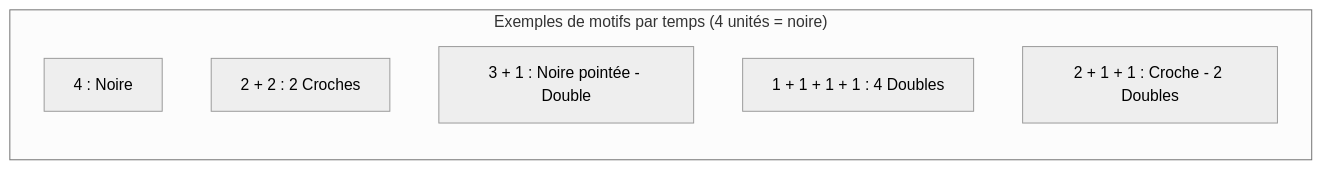
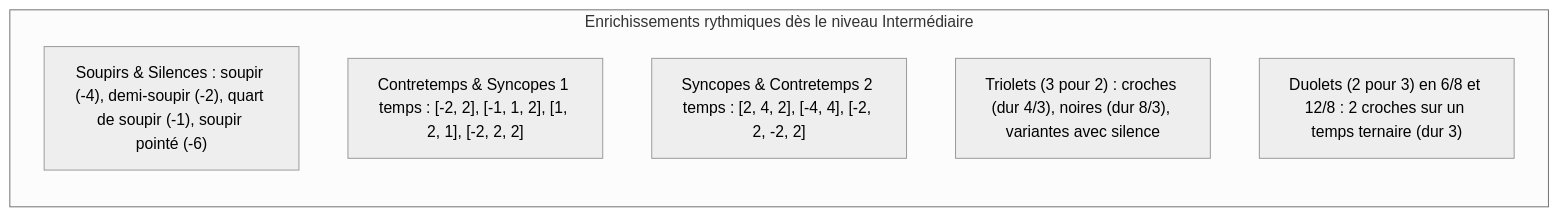
Before and after one commit to antoineb75/music-generator-sightreading: the second of 4 diagrams in ALGORITHME.md, drawn with Mermaid (neutral theme). The commit also changed other lines of this file, not shown here.

Commit message:
docs: update ALGORITHME.md to document Python API and music21 architecture

````diff
--- a/ALGORITHME.md
+++ b/ALGORITHME.md
@@ -122,11 +103,11 @@
 ```mermaid
 flowchart LR
-    subgraph S1 ["Exemples de motifs par temps (4 unités = noire)"]
+    subgraph S1 ["Enrichissements rythmiques dès le niveau Intermédiaire"]
         direction TB
-        P1["4 : Noire"]
-        P2["2 + 2 : 2 Croches"]
-        P3["3 + 1 : Noire pointée - Double"]
-        P4["1 + 1 + 1 + 1 : 4 Doubles"]
-        P5["2 + 1 + 1 : Croche - 2 Doubles"]
+        R1["Soupirs & Silences : soupir (-4), demi-soupir (-2), quart de soupir (-1), soupir pointé (-6)"]
+        R2["Contretemps & Syncopes 1 temps : [-2, 2], [-1, 1, 2], [1, 2, 1], [-2, 2, 2]"]
+        R3["Syncopes & Contretemps 2 temps : [2, 4, 2], [-4, 4], [-2, 2, -2, 2]"]
+        R4["Triolets (3 pour 2) : croches (dur 4/3), noires (dur 8/3), variantes avec silence"]
+        R5["Duolets (2 pour 3) en 6/8 et 12/8 : 2 croches sur un temps ternaire (dur 3)"]
     end
 ```
````
